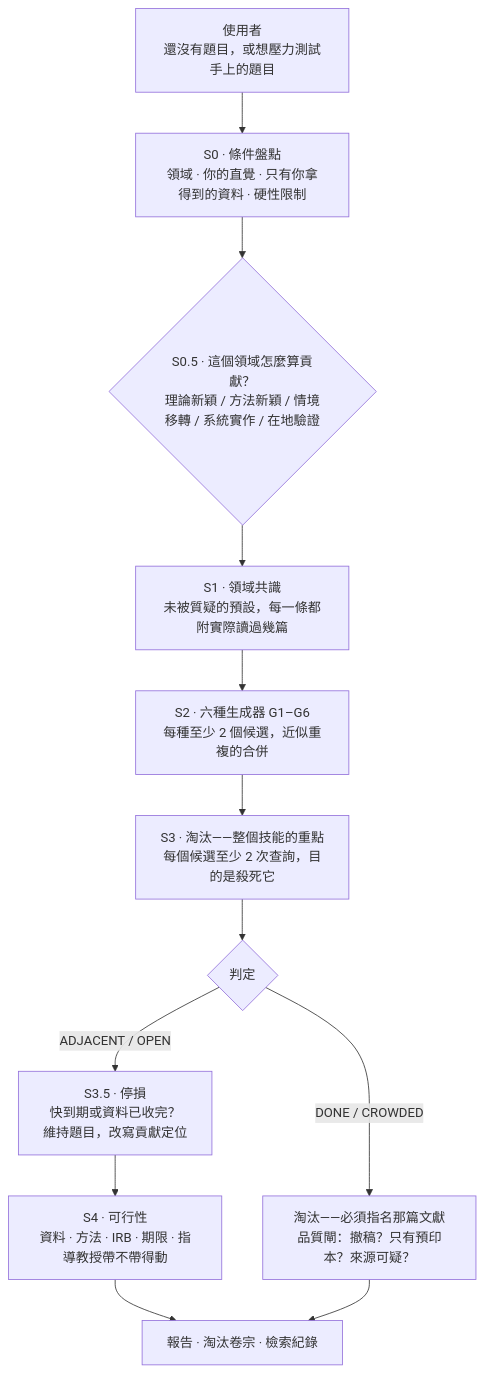
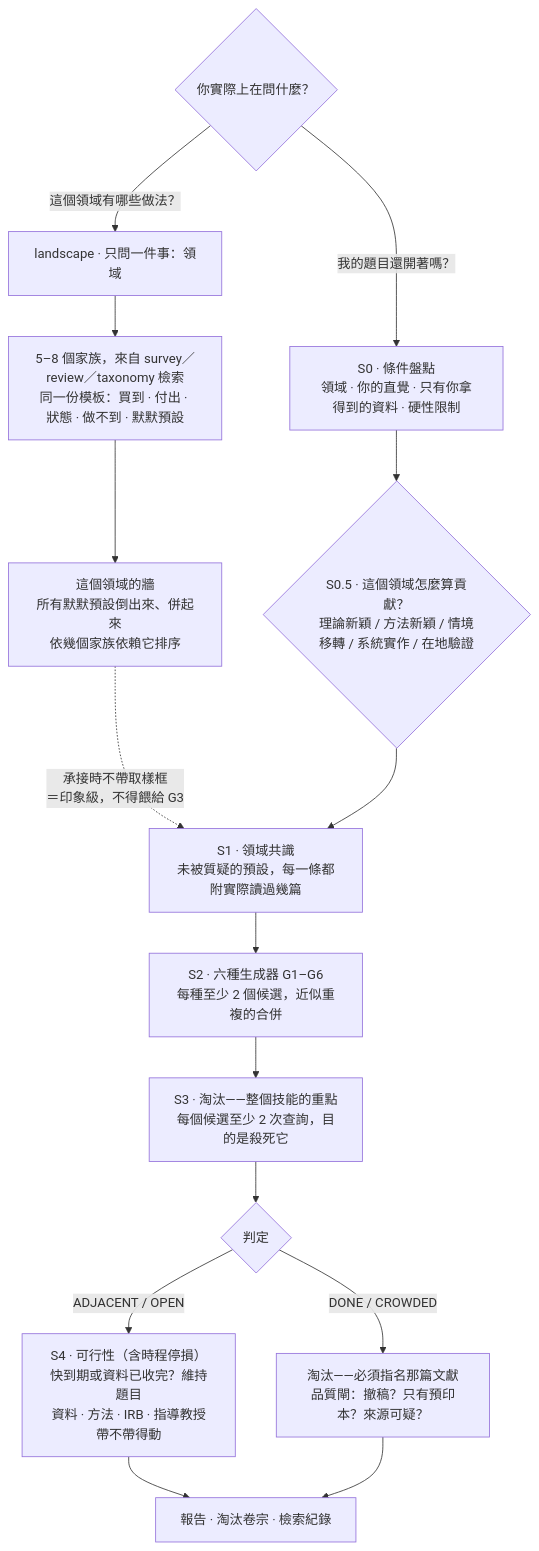
Before and after one commit to Zachariah9420/research-gap-hunter-skill-: the diagram in README.zh-TW.md, drawn with Mermaid. The commit also changed other lines of this file and 24 other files, not shown here.

````diff
--- a/README.zh-TW.md
+++ b/README.zh-TW.md
@@ -11,14 +43,18 @@
 ```mermaid
 flowchart TB
-    U["使用者<br/>還沒有題目，或想壓力測試手上的題目"] --> S0["S0 · 條件盤點<br/>領域 · 你的直覺 · 只有你拿得到的資料 · 硬性限制"]
+    Q{"你實際上在問什麼？"}
+    Q -->|"這個領域有哪些做法？"| L0["landscape · 只問一件事：領域"]
+    L0 --> L1["5–8 個家族，來自 survey／review／taxonomy 檢索<br/>同一份模板：買到 · 付出 · 狀態 · 做不到 · 默默預設"]
+    L1 --> LW["這個領域的牆<br/>所有默默預設倒出來、併起來<br/>依幾個家族依賴它排序"]
+    LW -.->|"承接時不帶取樣框<br/>＝印象級，不得餵給 G3"| S1
+    Q -->|"我的題目還開著嗎？"| S0["S0 · 條件盤點<br/>領域 · 你的直覺 · 只有你拿得到的資料 · 硬性限制"]
     S0 --> S05{"S0.5 · 這個領域怎麼算貢獻？<br/>理論新穎 / 方法新穎 / 情境移轉 / 系統實作 / 在地驗證"}
     S05 --> S1["S1 · 領域共識<br/>未被質疑的預設，每一條都附實際讀過幾篇"]
     S1 --> S2["S2 · 六種生成器 G1–G6<br/>每種至少 2 個候選，近似重複的合併"]
     S2 --> S3["S3 · 淘汰——整個技能的重點<br/>每個候選至少 2 次查詢，目的是殺死它"]
     S3 --> K{"判定"}
     K -->|"DONE / CROWDED"| D["淘汰——必須指名那篇文獻<br/>品質閘：撤稿？只有預印本？來源可疑？"]
-    K -->|"ADJACENT / OPEN"| S35["S3.5 · 停損<br/>快到期或資料已收完？<br/>維持題目，改寫貢獻定位"]
-    S35 --> S4["S4 · 可行性<br/>資料 · 方法 · IRB · 期限 · 指導教授帶不帶得動"]
+    K -->|"ADJACENT / OPEN"| S4["S4 · 可行性（含時程停損）<br/>快到期或資料已收完？維持題目<br/>資料 · 方法 · IRB · 指導教授帶不帶得動"]
     S4 --> R["報告 · 淘汰卷宗 · 檢索紀錄"]
     D --> R
 ```
````
